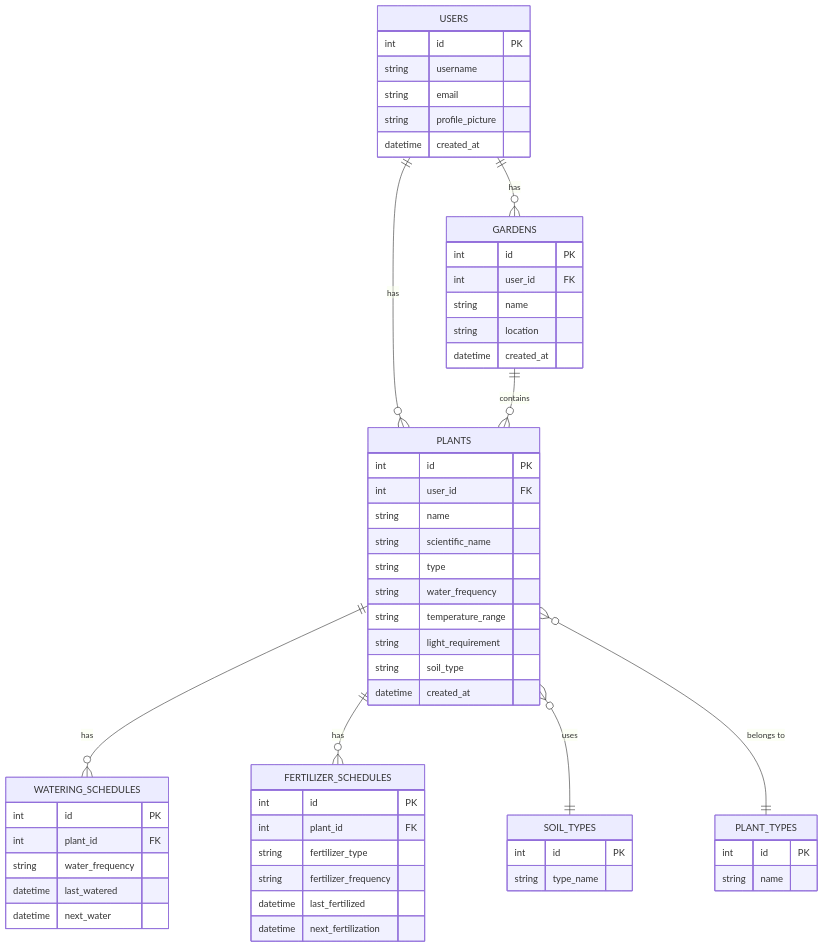
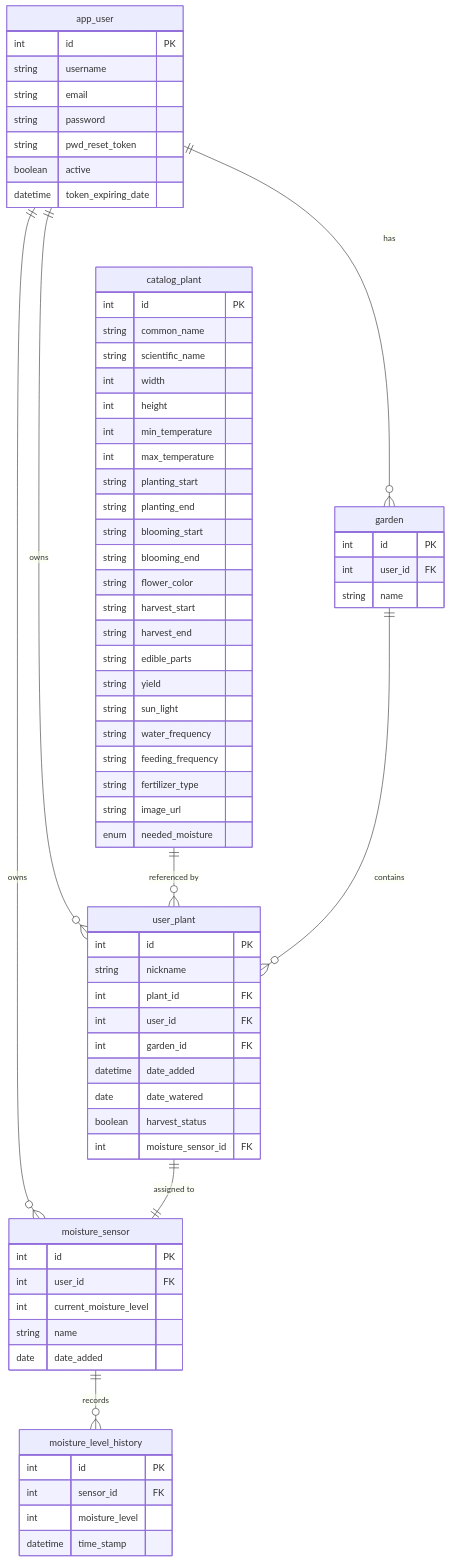
The third of 3 diagrams in green-fingers/docs/SoftwareArchitectureDocument.md (Green-Fingers-App/gardeningApp), drawn with Mermaid before and after one commit. The commit also changed other lines of this file, not shown here.

````diff
--- a/green-fingers/docs/SoftwareArchitectureDocument.md
+++ b/green-fingers/docs/SoftwareArchitectureDocument.md
@@ -212,60 +250,78 @@
 ```mermaid
 erDiagram
-    USERS {
+    app_user {
         int id PK
         string username
         string email
-        string profile_picture
-        datetime created_at
+        string password
+        string pwd_reset_token
+        boolean active
+        datetime token_expiring_date
     }
-    PLANTS {
+
+    catalog_plant {
+        int id PK
+        string common_name
+        string scientific_name
+        int width
+        int height
+        int min_temperature
+        int max_temperature
+        string planting_start
+        string planting_end
+        string blooming_start
+        string blooming_end
+        string flower_color
+        string harvest_start
+        string harvest_end
+        string edible_parts
+        string yield
+        string sun_light
+        string water_frequency
+        string feeding_frequency
+        string fertilizer_type
+        string image_url
+        enum needed_moisture
+    }
+
+    garden {
         int id PK
         int user_id FK
         string name
-        string scientific_name
-        string type
-        string water_frequency
-        string temperature_range
-        string light_requirement
-        string soil_type
-        datetime created_at
     }
-    GARDENS {
+
+    user_plant {
+        int id PK
+        string nickname
+        int plant_id FK
+        int user_id FK
+        int garden_id FK
+        datetime date_added
+        date date_watered
+        boolean harvest_status
+        int moisture_sensor_id FK
+    }
+
+    moisture_sensor {
         int id PK
         int user_id FK
+        int current_moisture_level
         string name
-        string location
-        datetime created_at
-    }
-    WATERING_SCHEDULES {
-        int id PK
-        int plant_id FK
-        string water_frequency
-        datetime last_watered
-        datetime next_water
-    }
-    FERTILIZER_SCHEDULES {
-        int id PK
-        int plant_id FK
-        string fertilizer_type
-        string fertilizer_frequency
-        datetime last_fertilized
-        datetime next_fertilization
-    }
-    SOIL_TYPES {
-        int id PK
-        string type_name
-    }
-    PLANT_TYPES {
-        int id PK
-        string name
+        date date_added
     }
 
-    USERS ||--o{ PLANTS : "has"
-    USERS ||--o{ GARDENS : "has"
-    PLANTS ||--o{ WATERING_SCHEDULES : "has"
-    PLANTS ||--o{ FERTILIZER_SCHEDULES : "has"
-    PLANTS }o--|| SOIL_TYPES : "uses"
-    PLANTS }o--|| PLANT_TYPES : "belongs to"
-    GARDENS ||--o{ PLANTS : "contains"
+    moisture_level_history {
+        int id PK
+        int sensor_id FK
+        int moisture_level
+        datetime time_stamp
+    }
+
+    app_user ||--o{ garden : "has"
+    app_user ||--o{ user_plant : "owns"
+    app_user ||--o{ moisture_sensor : "owns"
+    catalog_plant ||--o{ user_plant : "referenced by"
+    garden ||--o{ user_plant : "contains"
+    user_plant ||--|| moisture_sensor : "assigned to"
+    moisture_sensor ||--o{ moisture_level_history : "records"
 ```
````
